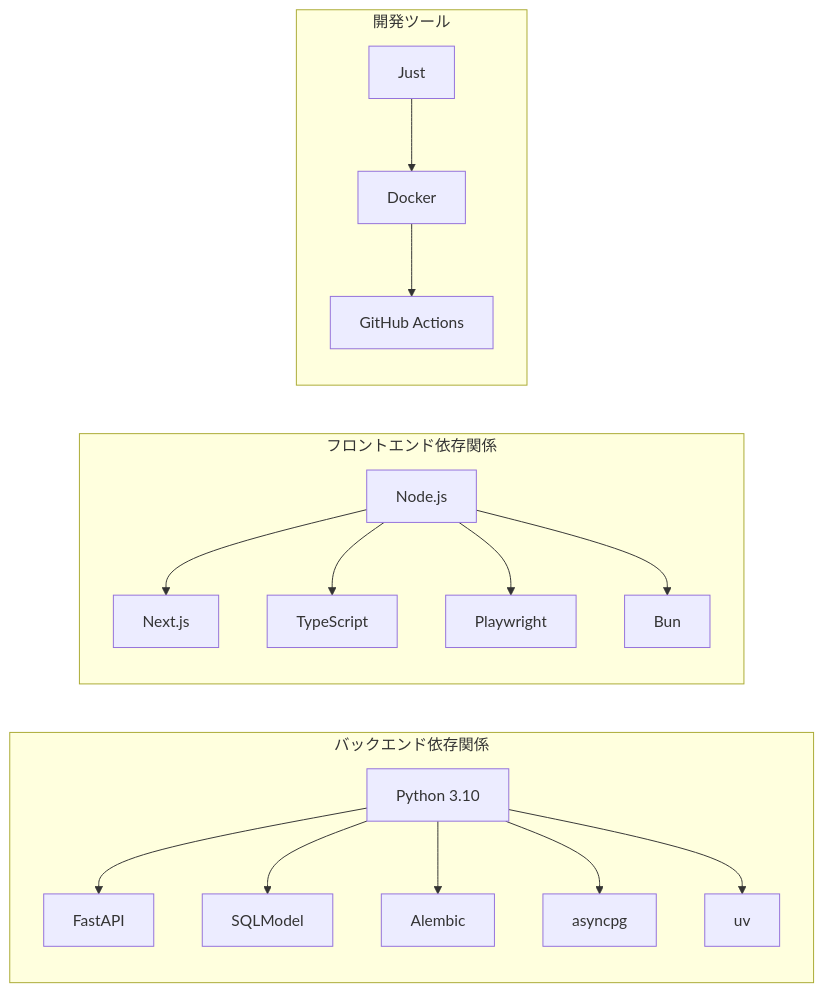
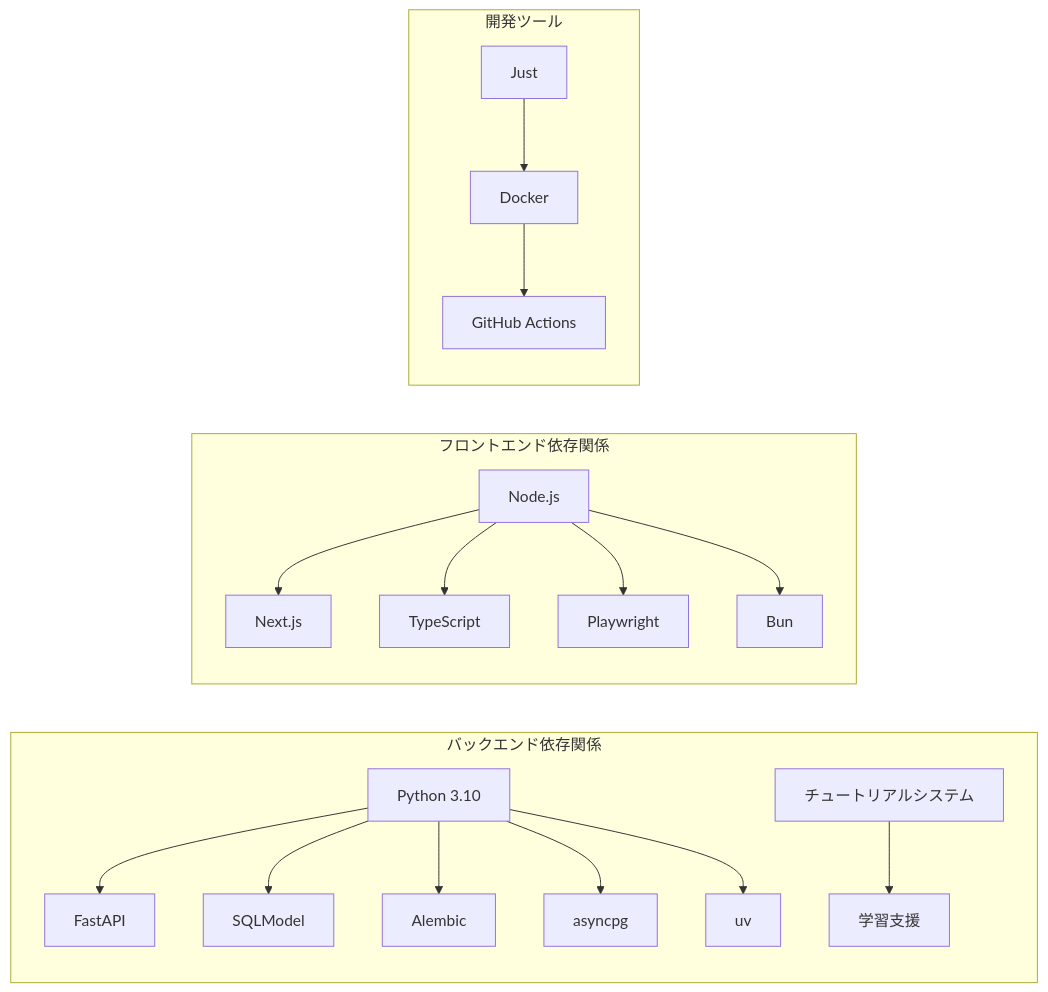
Before and after one commit to ss8806/Todos: the seventh of 7 diagrams in .qoder/repowiki/ja/content/開発ワークフロー/開発ワークフロー.md, drawn with Mermaid. The commit also changed other lines of this file and 35 other files, not shown here.

````diff
--- a/.qoder/repowiki/ja/content/開発ワークフロー/開発ワークフロー.md
+++ b/.qoder/repowiki/ja/content/開発ワークフロー/開発ワークフロー.md
@@ -295,34 +415,41 @@
 ```mermaid
 graph LR
 subgraph "バックエンド依存関係"
 PY[Python 3.10]
 FASTAPI[FastAPI]
 SQLMODEL[SQLModel]
 ALEMBIC[Alembic]
 ASYNC[asyncpg]
 UV[uv]
+TUTORIAL[チュートリアルシステム]
+ENDLESS[学習支援]
 end
 subgraph "フロントエンド依存関係"
 NODE[Node.js]
 NEXT[Next.js]
 TS[TypeScript]
 PLAY[Playwright]
 BUN[Bun]
+TUTORIAL[チュートリアルシステム]
+ENDLESS[学習支援]
 end
 subgraph "開発ツール"
 JUST[Just]
 DOCKER[Docker]
 GH[GitHub Actions]
+TUTORIAL[チュートリアルシステム]
+ENDLESS[学習支援]
 end
 PY --> FASTAPI
 PY --> SQLMODEL
 PY --> ALEMBIC
 PY --> ASYNC
 PY --> UV
 NODE --> NEXT
 NODE --> TS
 NODE --> PLAY
 NODE --> BUN
 JUST --> DOCKER
 DOCKER --> GH
+TUTORIAL --> ENDLESS
 ```
````
